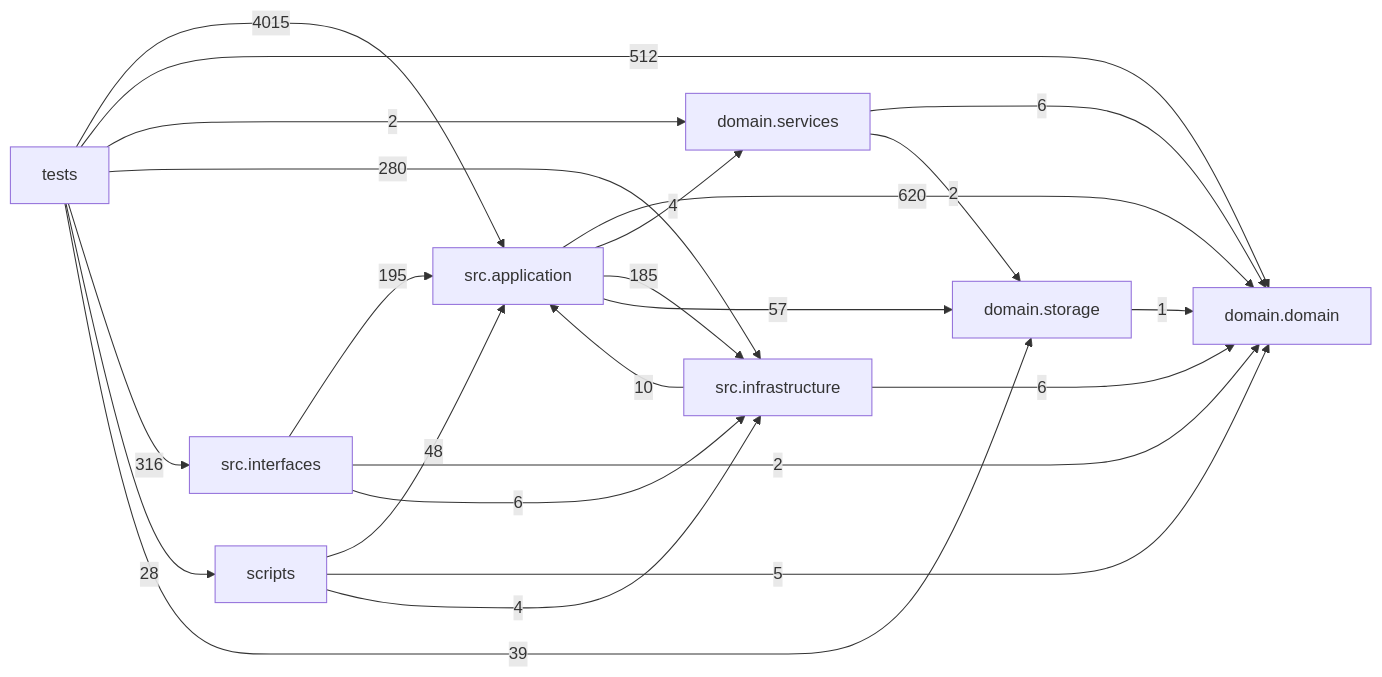
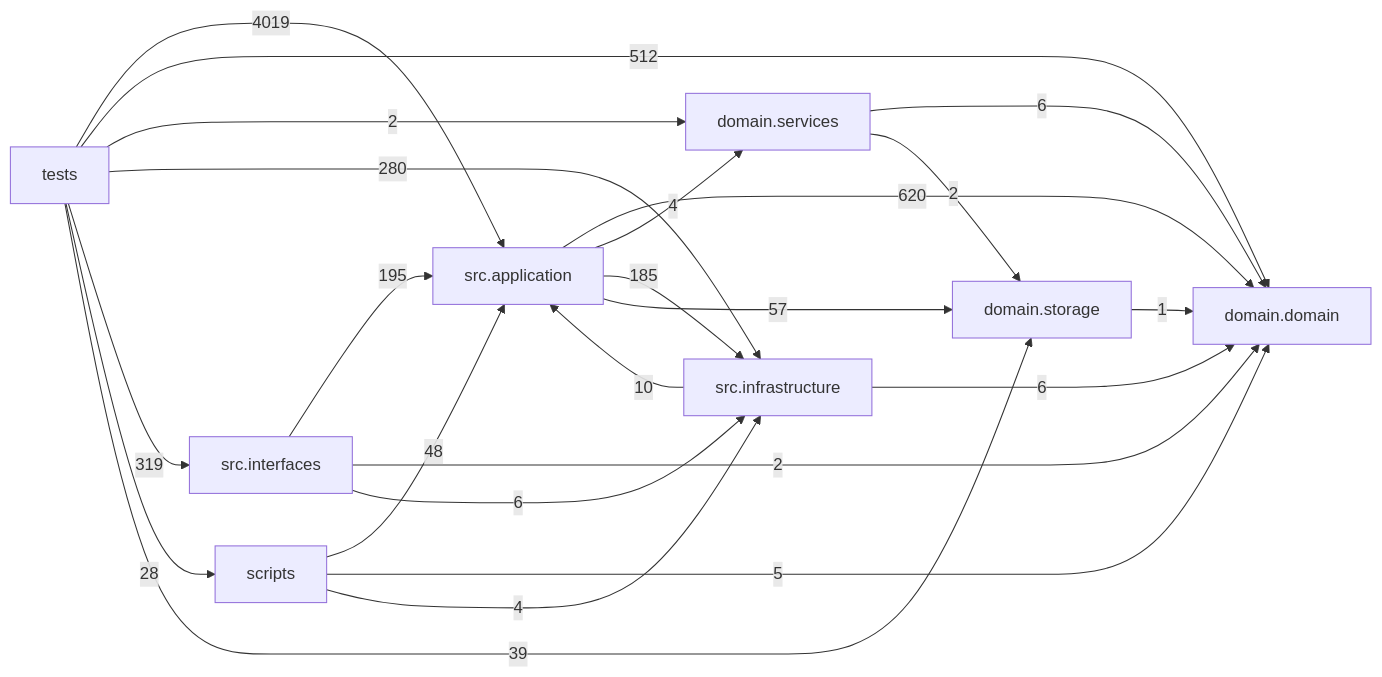
Before and after one commit to liuxie066/options-monitor: the diagram in docs/DEPENDENCY_GRAPH.md, drawn with Mermaid. The commit also changed other lines of this file and 8 other files, not shown here.

````diff
--- a/docs/DEPENDENCY_GRAPH.md
+++ b/docs/DEPENDENCY_GRAPH.md
@@ -24,33 +24,33 @@
 ```mermaid
 flowchart LR
   tests["tests"]
   scripts["scripts"]
   interfaces["src.interfaces"]
   application["src.application"]
   infrastructure["src.infrastructure"]
   domain_services["domain.services"]
   domain["domain.domain"]
   storage["domain.storage"]
   application -->|620| domain
   application -->|4| domain_services
   application -->|185| infrastructure
   application -->|57| storage
   domain_services -->|6| domain
   domain_services -->|2| storage
   infrastructure -->|10| application
   infrastructure -->|6| domain
   interfaces -->|195| application
   interfaces -->|2| domain
   interfaces -->|6| infrastructure
   scripts -->|48| application
   scripts -->|5| domain
   scripts -->|4| infrastructure
   storage -->|1| domain
-  tests -->|4015| application
+  tests -->|4019| application
   tests -->|512| domain
   tests -->|2| domain_services
   tests -->|280| infrastructure
-  tests -->|316| interfaces
+  tests -->|319| interfaces
   tests -->|28| scripts
   tests -->|39| storage
 ```
````
